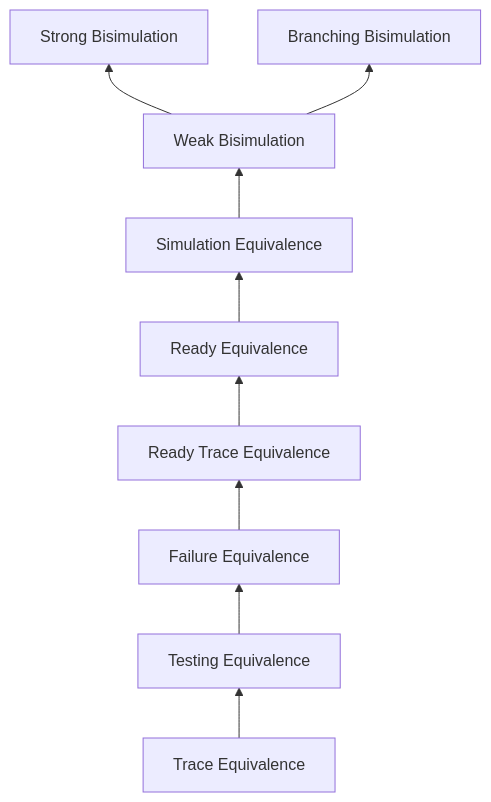
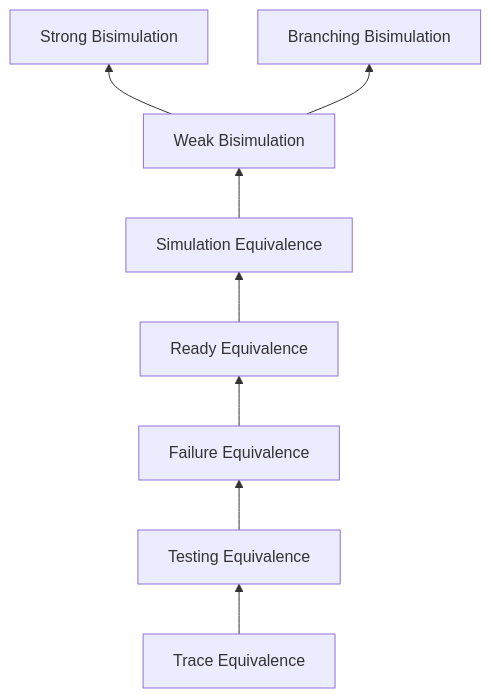
One commit to yshaaban/pa changed the second of 9 diagrams in process-algebra-verifier/docs/theory.md. Above: the diagram before and after it, drawn with Mermaid. The commit also changed other lines of this file, not shown here.

First line of the commit message:
fix: improve theory.md mermaid diagrams rendering

````diff
--- a/process-algebra-verifier/docs/theory.md
+++ b/process-algebra-verifier/docs/theory.md
@@ -39,21 +37,19 @@
 ```mermaid
 graph BT
     Trace[Trace Equivalence]
     Testing[Testing Equivalence]
     Failure[Failure Equivalence]
-    ReadyTrace[Ready Trace Equivalence]
     Ready[Ready Equivalence]
     Simulation[Simulation Equivalence]
     WeakBi[Weak Bisimulation]
     StrongBi[Strong Bisimulation]
     Branch[Branching Bisimulation]
 
     Trace --> Testing
     Testing --> Failure
-    Failure --> ReadyTrace
-    ReadyTrace --> Ready
+    Failure --> Ready
     Ready --> Simulation
     Simulation --> WeakBi
     WeakBi --> StrongBi
     WeakBi --> Branch
 ```
````
